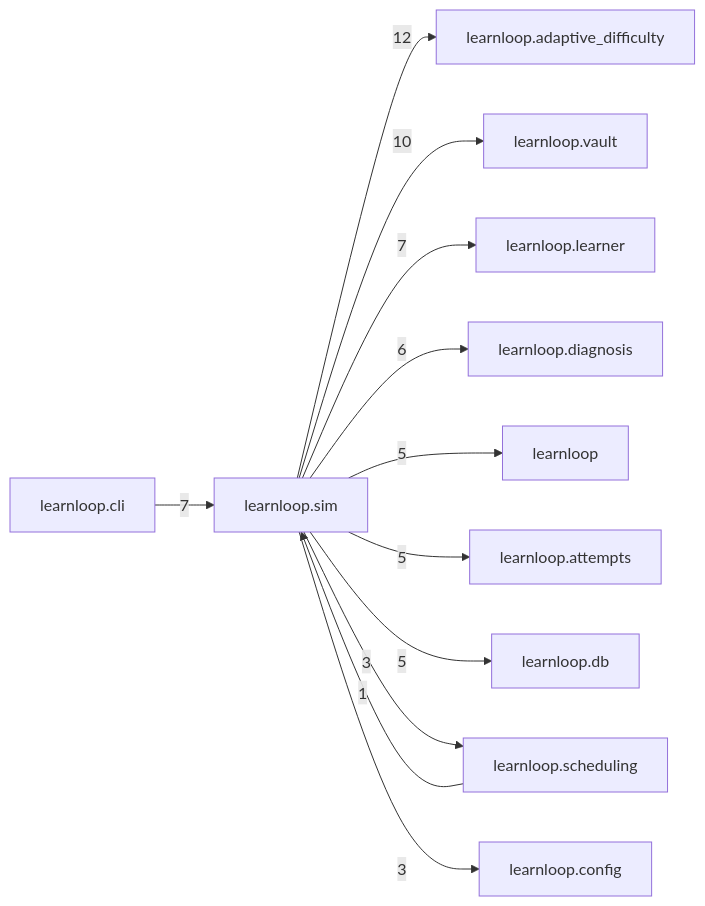
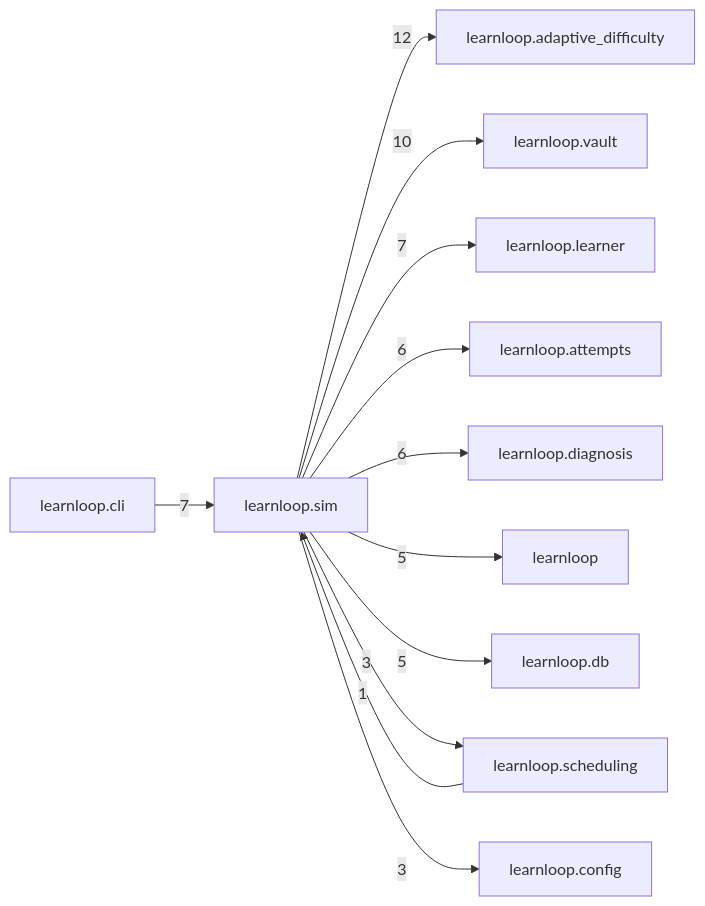
The diagram in docs/learnloop-architecture-vault/Reference/Modules/learnloop/sim/_package.md (6up-b/learnanything), drawn with Mermaid before and after one commit. The commit also changed other lines of this file and 29 other files, not shown here.

````diff
--- a/docs/learnloop-architecture-vault/Reference/Modules/learnloop/sim/_package.md
+++ b/docs/learnloop-architecture-vault/Reference/Modules/learnloop/sim/_package.md
@@ -97,25 +99,25 @@
 ```mermaid
 flowchart LR
     center["learnloop.sim"]
     n_learnloop_adaptive_difficulty["learnloop.adaptive_difficulty"]
     n_learnloop_vault["learnloop.vault"]
     n_learnloop_cli["learnloop.cli"]
     n_learnloop_learner["learnloop.learner"]
+    n_learnloop_attempts["learnloop.attempts"]
     n_learnloop_diagnosis["learnloop.diagnosis"]
     n_learnloop["learnloop"]
-    n_learnloop_attempts["learnloop.attempts"]
     n_learnloop_db["learnloop.db"]
     n_learnloop_scheduling["learnloop.scheduling"]
     n_learnloop_config["learnloop.config"]
     center -->|12| n_learnloop_adaptive_difficulty
     center -->|10| n_learnloop_vault
     n_learnloop_cli -->|7| center
     center -->|7| n_learnloop_learner
+    center -->|6| n_learnloop_attempts
     center -->|6| n_learnloop_diagnosis
     center -->|5| n_learnloop
-    center -->|5| n_learnloop_attempts
     center -->|5| n_learnloop_db
     n_learnloop_scheduling -->|1| center
     center -->|3| n_learnloop_scheduling
     center -->|3| n_learnloop_config
 ```
````
